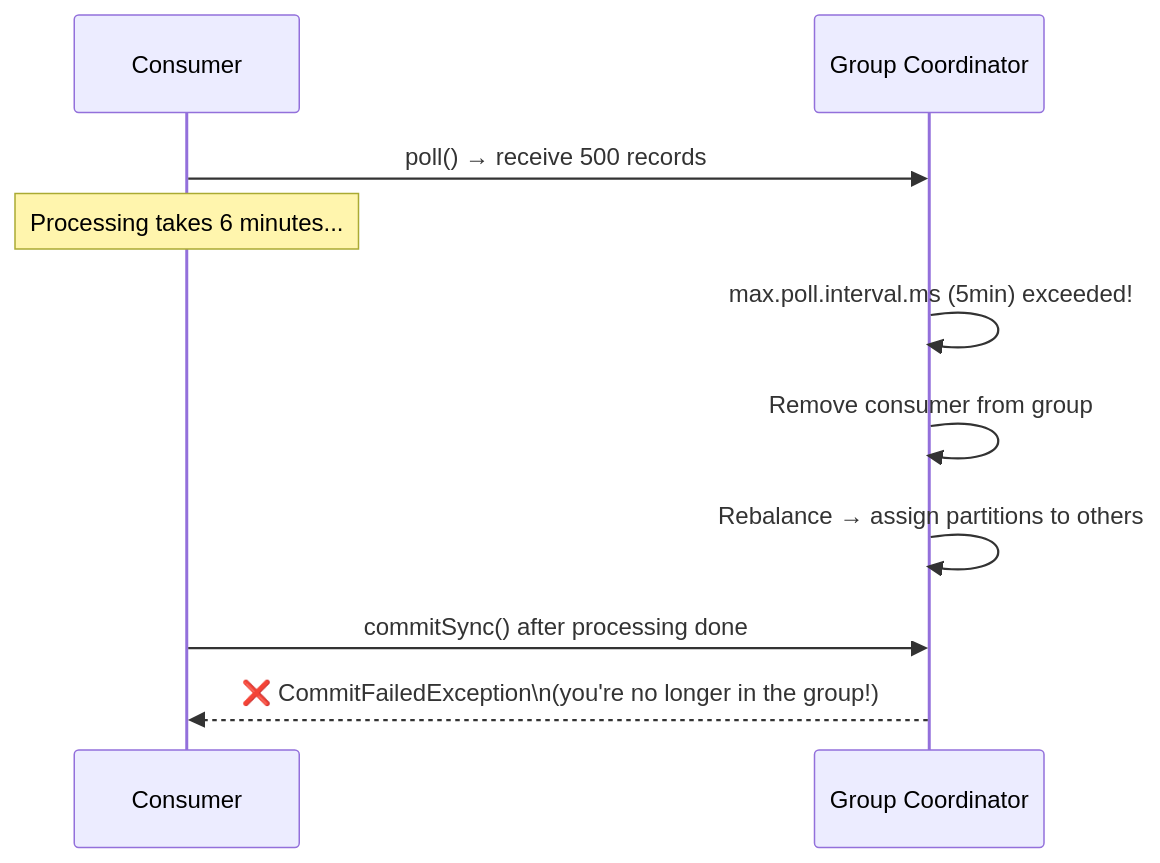
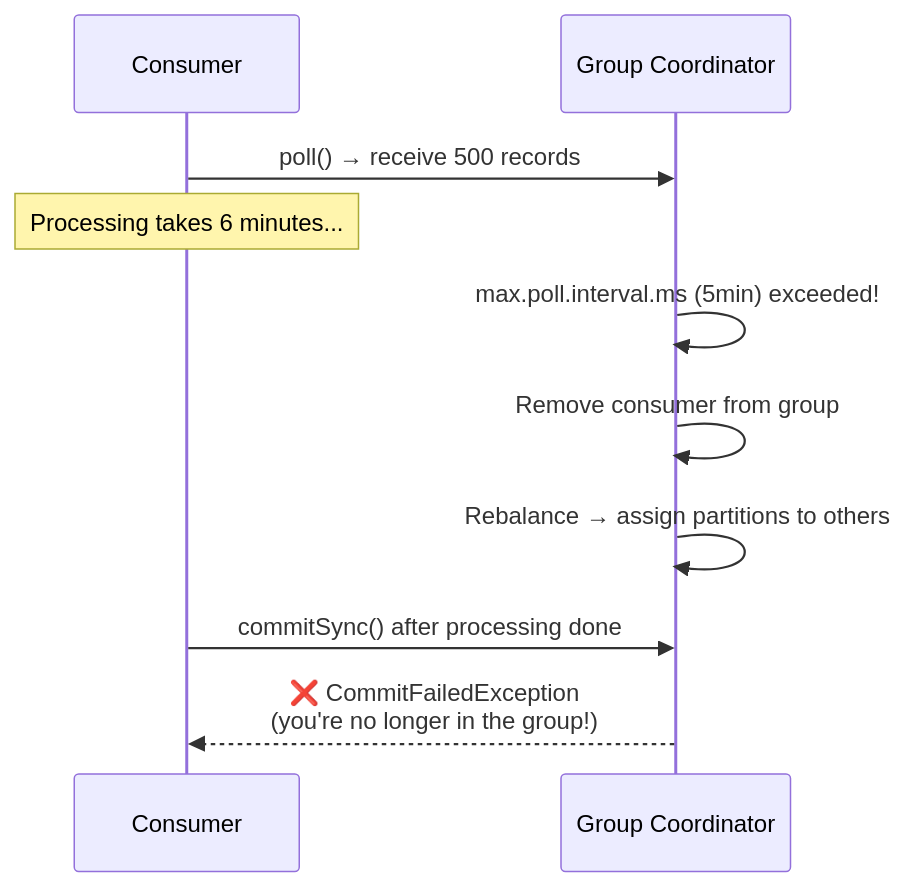
Before and after one commit to dangthobach/dangthobach.github.io: the sixth of 17 diagrams in quartz/content/Microservices-Patterns/Kafka-Troubleshooting-and-Tips.md, drawn with Mermaid. The commit also changed other lines of this file and 114 other files, not shown here.

````diff
--- a/quartz/content/Microservices-Patterns/Kafka-Troubleshooting-and-Tips.md
+++ b/quartz/content/Microservices-Patterns/Kafka-Troubleshooting-and-Tips.md
@@ -238,13 +238,13 @@
 ```mermaid
 sequenceDiagram
     participant C as Consumer
     participant GC as Group Coordinator
 
     C->>GC: poll() → receive 500 records
     Note over C: Processing takes 6 minutes...
     GC->>GC: max.poll.interval.ms (5min) exceeded!
     GC->>GC: Remove consumer from group
     GC->>GC: Rebalance → assign partitions to others
     C->>GC: commitSync() after processing done
-    GC-->>C: ❌ CommitFailedException\n(you're no longer in the group!)
+    GC-->>C: ❌ CommitFailedException<br/>(you're no longer in the group!)
 ```
````
